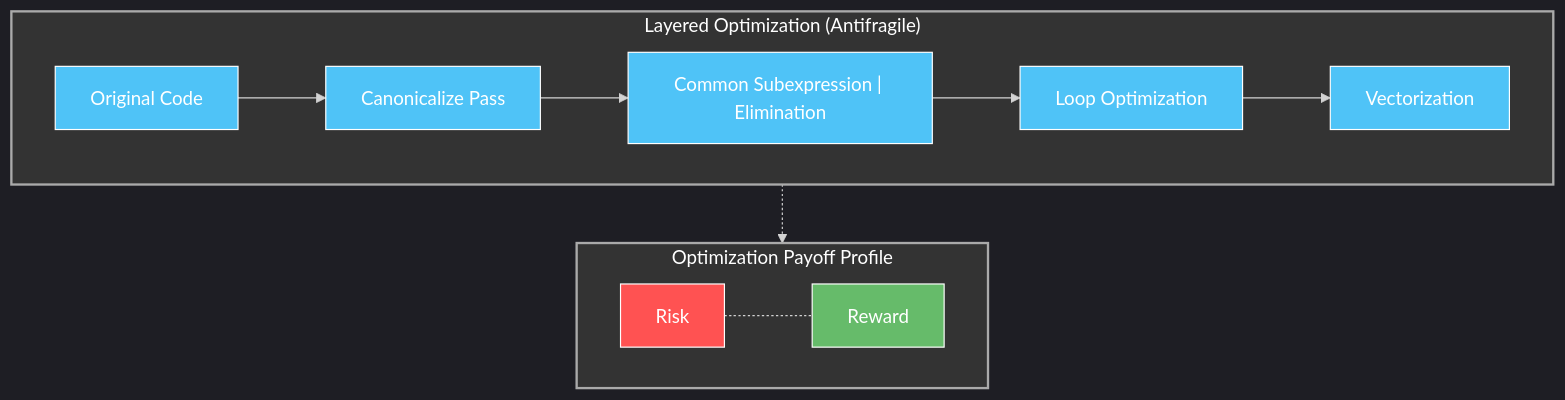
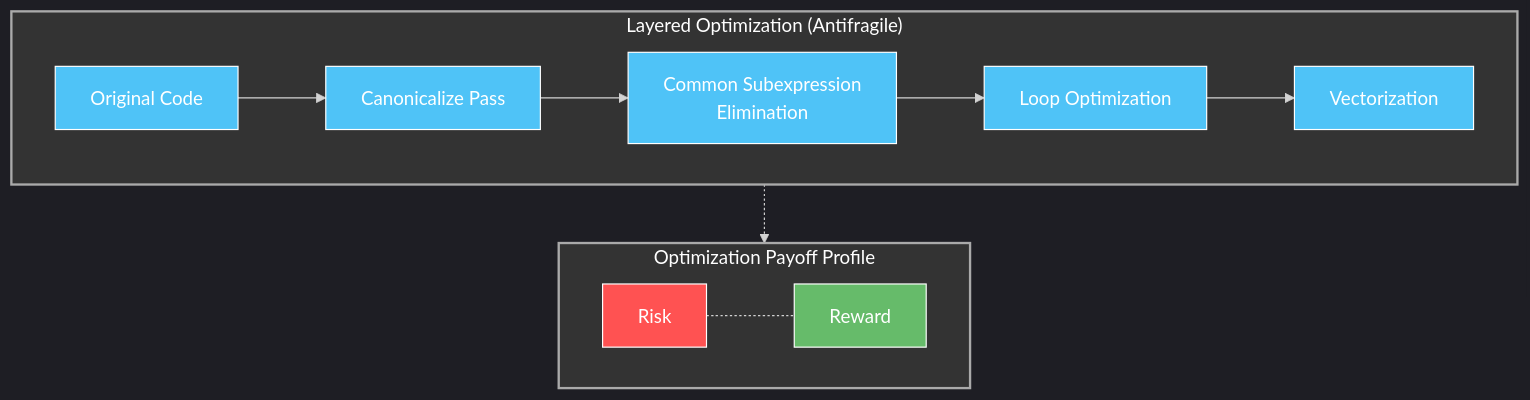
One commit to houstonhaynes/AD4SDocs changed the seventh of 12 diagrams in 06 Fidelity framework Beyond Resilience.md. Above: the diagram before and after it, drawn with Mermaid. The commit also changed other lines of this file and 5 other files, not shown here.

Commit message:
fix mermaid part two

````diff
--- a/06 Fidelity framework Beyond Resilience.md
+++ b/06 Fidelity framework Beyond Resilience.md
@@ -509,37 +509,37 @@
 ```mermaid
 %%{init: {'theme': 'dark', 'themeVariables': { 'primaryColor': '#242424', 'primaryTextColor': '#fff', 'primaryBorderColor': '#888', 'lineColor': '#d3d3d3', 'secondaryColor': '#2b2b2b', 'tertiaryColor': '#333' }}}%%
 flowchart TB
     subgraph LayeredOpt["Layered Optimization (Antifragile)"]
         Original["Original Code"]
         Canonicalize["Canonicalize Pass"]
-        CSE["Common Subexpression | Elimination"]
+        CSE["Common Subexpression<br>Elimination"]
         LoopOpt["Loop Optimization"]
         Vectorize["Vectorization"]
         
         Original --> Canonicalize
         Canonicalize --> CSE
         CSE --> LoopOpt
         LoopOpt --> Vectorize
     end
     
     subgraph Payoff["Optimization Payoff Profile"]
         direction LR
         Risk["Risk"]
         Reward["Reward"]
         
         Risk -.- Reward
         
         style Risk fill:#FF5252,stroke:#fff,stroke-width:1px,color:#fff
         style Reward fill:#66BB6A,stroke:#fff,stroke-width:1px,color:#fff
     end
     
     LayeredOpt -.-> Payoff
     
     style LayeredOpt fill:#333,stroke:#aaa,stroke-width:2px,color:#fff
     style Payoff fill:#333,stroke:#aaa,stroke-width:2px,color:#fff
     style Original fill:#4FC3F7,stroke:#fff,stroke-width:1px,color:#fff
     style Canonicalize fill:#4FC3F7,stroke:#fff,stroke-width:1px,color:#fff
     style CSE fill:#4FC3F7,stroke:#fff,stroke-width:1px,color:#fff
     style LoopOpt fill:#4FC3F7,stroke:#fff,stroke-width:1px,color:#fff
     style Vectorize fill:#4FC3F7,stroke:#fff,stroke-width:1px,color:#fff
 ```
````
